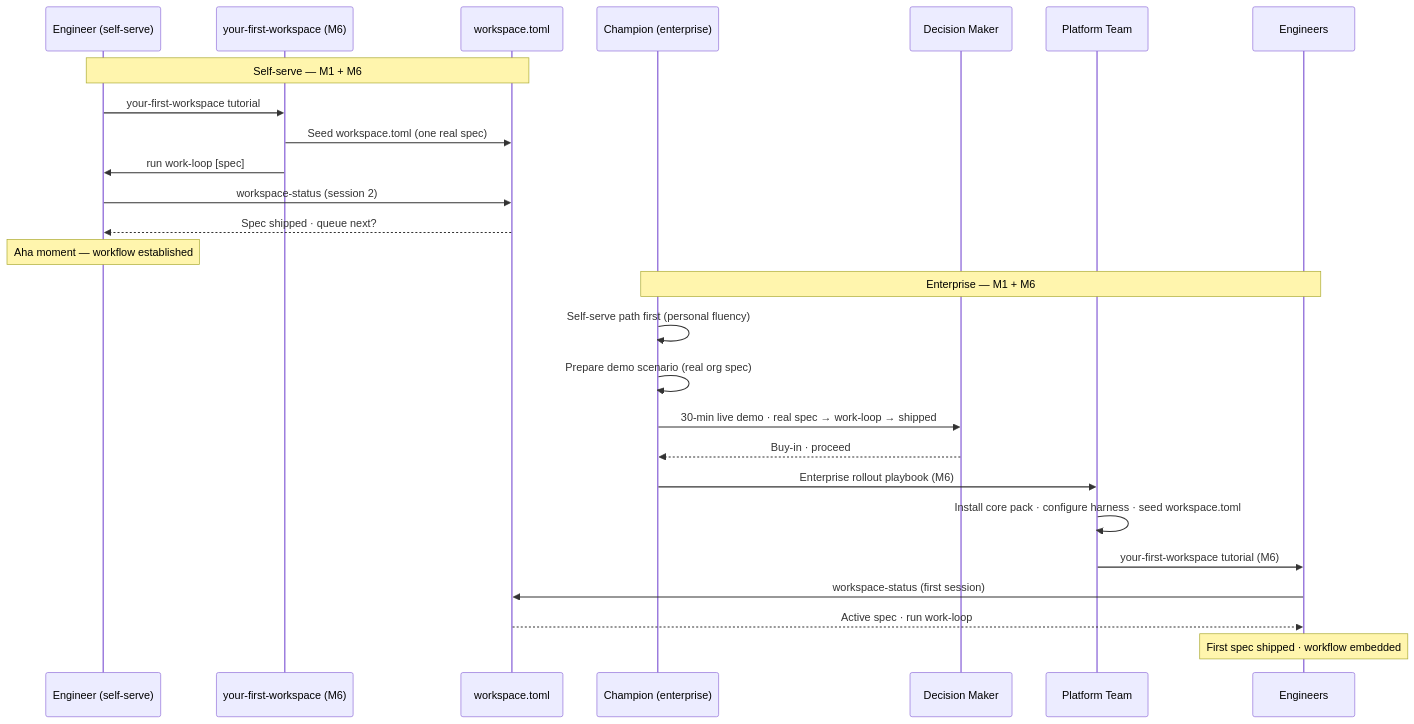
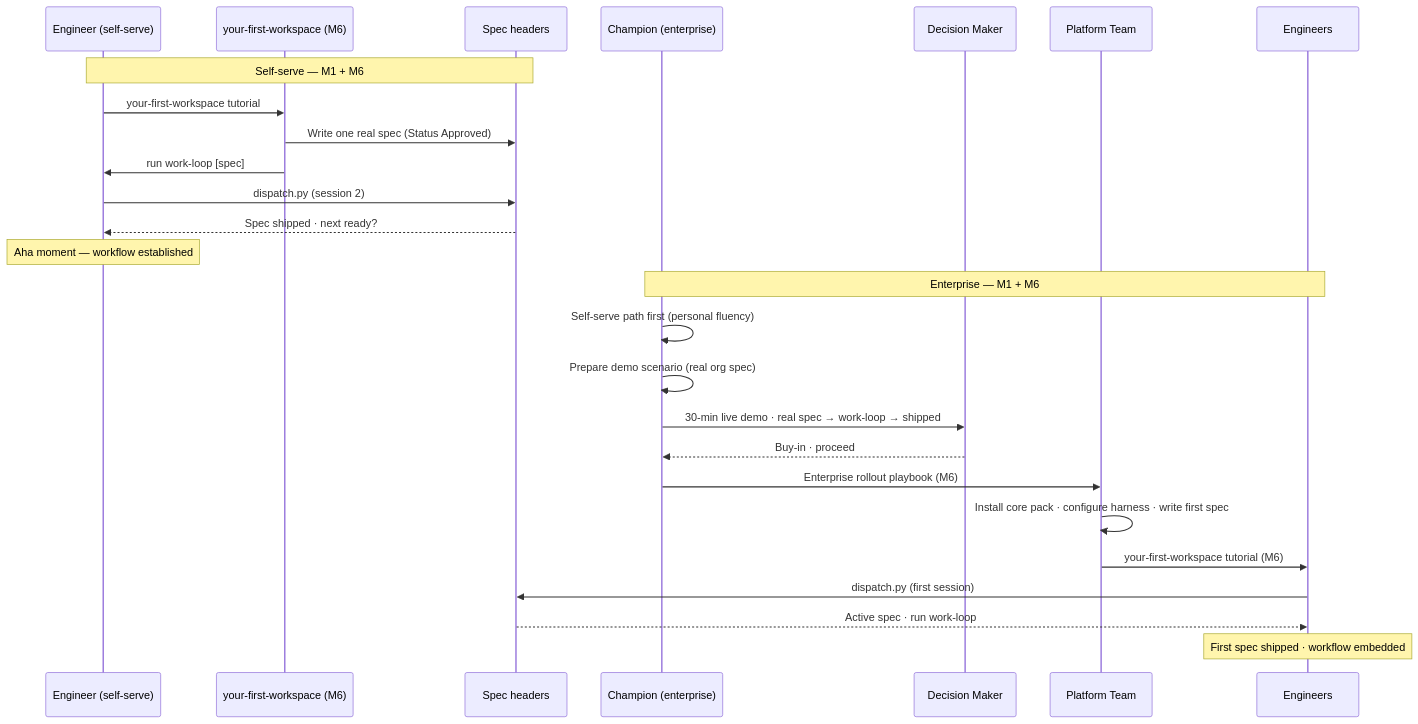
One commit to eugenelim/agent-ready-repo changed the second of 2 diagrams in docs/product/journeys/team-evaluates-and-adopts.md. Above: the diagram before and after it, drawn with Mermaid. The commit also changed other lines of this file and 213 other files, not shown here.

First line of the commit message:
feat(core): publish the workspace.toml upgrade notes and move every operative reference off the registry (core 4.0.14)

````diff
--- a/docs/product/journeys/team-evaluates-and-adopts.md
+++ b/docs/product/journeys/team-evaluates-and-adopts.md
@@ -92,30 +92,30 @@
 ```mermaid
 sequenceDiagram
     participant ENG as Engineer (self-serve)
     participant TUT as your-first-workspace (M6)
-    participant WS as workspace.toml
+    participant WS as Spec headers
     participant CH as Champion (enterprise)
     participant DM as Decision Maker
     participant PT as Platform Team
     participant ENGS as Engineers
 
     Note over ENG,WS: Self-serve — M1 + M6
     ENG->>TUT: your-first-workspace tutorial
-    TUT->>WS: Seed workspace.toml (one real spec)
+    TUT->>WS: Write one real spec (Status Approved)
     TUT->>ENG: run work-loop [spec]
-    ENG->>WS: workspace-status (session 2)
-    WS-->>ENG: Spec shipped · queue next?
+    ENG->>WS: dispatch.py (session 2)
+    WS-->>ENG: Spec shipped · next ready?
     Note over ENG: Aha moment — workflow established
 
     Note over CH,ENGS: Enterprise — M1 + M6
     CH->>CH: Self-serve path first (personal fluency)
     CH->>CH: Prepare demo scenario (real org spec)
     CH->>DM: 30-min live demo · real spec → work-loop → shipped
     DM-->>CH: Buy-in · proceed
     CH->>PT: Enterprise rollout playbook (M6)
-    PT->>PT: Install core pack · configure harness · seed workspace.toml
+    PT->>PT: Install core pack · configure harness · write first spec
     PT->>ENGS: your-first-workspace tutorial (M6)
-    ENGS->>WS: workspace-status (first session)
+    ENGS->>WS: dispatch.py (first session)
     WS-->>ENGS: Active spec · run work-loop
     Note over ENGS: First spec shipped · workflow embedded
 ```
````
